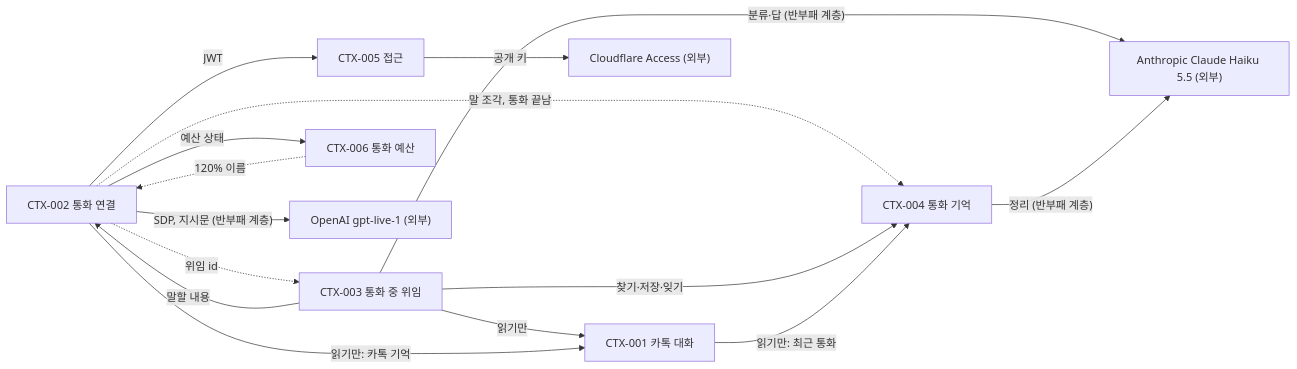
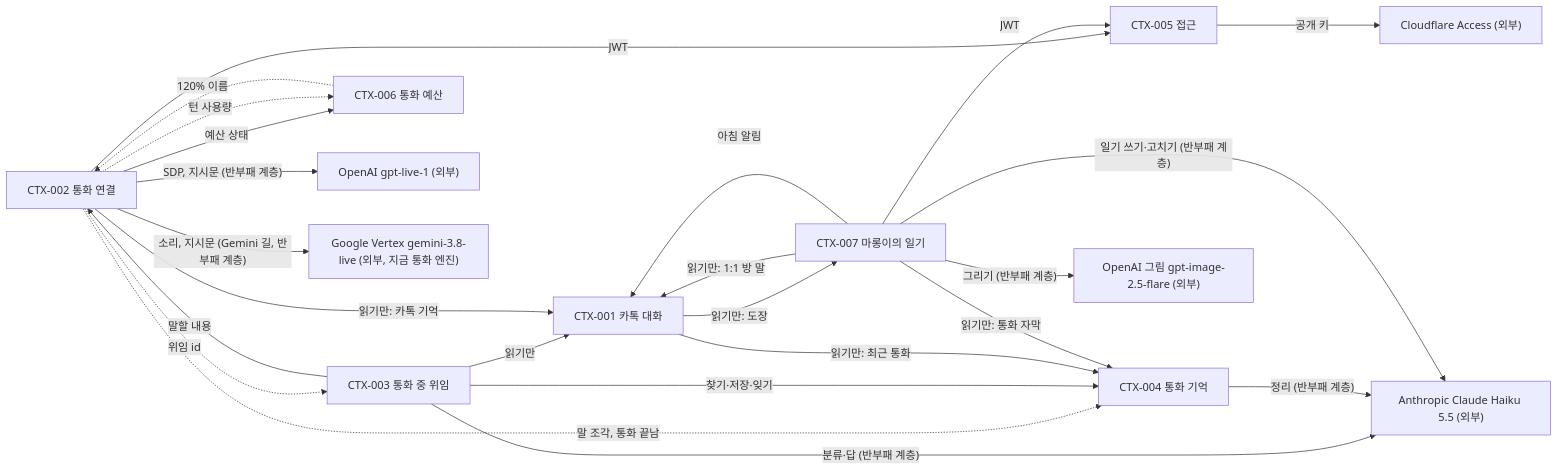
Before and after one commit to kodonghui/marong2: the diagram in docs/01-domain/domain.md, drawn with Mermaid. The commit also changed other lines of this file and 5 other files, not shown here.

````diff
--- a/docs/01-domain/domain.md
+++ b/docs/01-domain/domain.md
@@ -149,26 +244,38 @@
 ```mermaid
 flowchart LR
   kakao["CTX-001 카톡 대화"]
   conn["CTX-002 통화 연결"]
   dele["CTX-003 통화 중 위임"]
   mem["CTX-004 통화 기억"]
   acc["CTX-005 접근"]
   bud["CTX-006 통화 예산"]
   oa["OpenAI gpt-live-1 (외부)"]
   an["Anthropic Claude Haiku 5.5 (외부)"]
   cf["Cloudflare Access (외부)"]
+  diary["CTX-007 마롱이의 일기"]
+  gv["Google Vertex gemini-3.8-live (외부, 지금 통화 엔진)"]
+  oimg["OpenAI 그림 gpt-image-2.5-flare (외부)"]
   conn -->|"JWT"| acc
   acc -->|"공개 키"| cf
   conn -->|"예산 상태"| bud
   conn -.->|"말 조각, 통화 끝남"| mem
   conn -.->|"위임 id"| dele
   dele -->|"말할 내용"| conn
   dele -->|"찾기·저장·잊기"| mem
   dele -->|"읽기만"| kakao
   conn -->|"읽기만: 카톡 기억"| kakao
   kakao -->|"읽기만: 최근 통화"| mem
   bud -.->|"120% 이름"| conn
   conn -->|"SDP, 지시문 (반부패 계층)"| oa
   dele -->|"분류·답 (반부패 계층)"| an
   mem -->|"정리 (반부패 계층)"| an
+  conn -->|"소리, 지시문 (Gemini 길, 반부패 계층)"| gv
+  conn -.->|"턴 사용량"| bud
+  diary -->|"읽기만: 1:1 방 말"| kakao
+  diary -->|"읽기만: 통화 자막"| mem
+  diary -->|"JWT"| acc
+  diary -->|"아침 알림"| kakao
+  kakao -->|"읽기만: 도장"| diary
+  diary -->|"일기 쓰기·고치기 (반부패 계층)"| an
+  diary -->|"그리기 (반부패 계층)"| oimg
 ```
````
